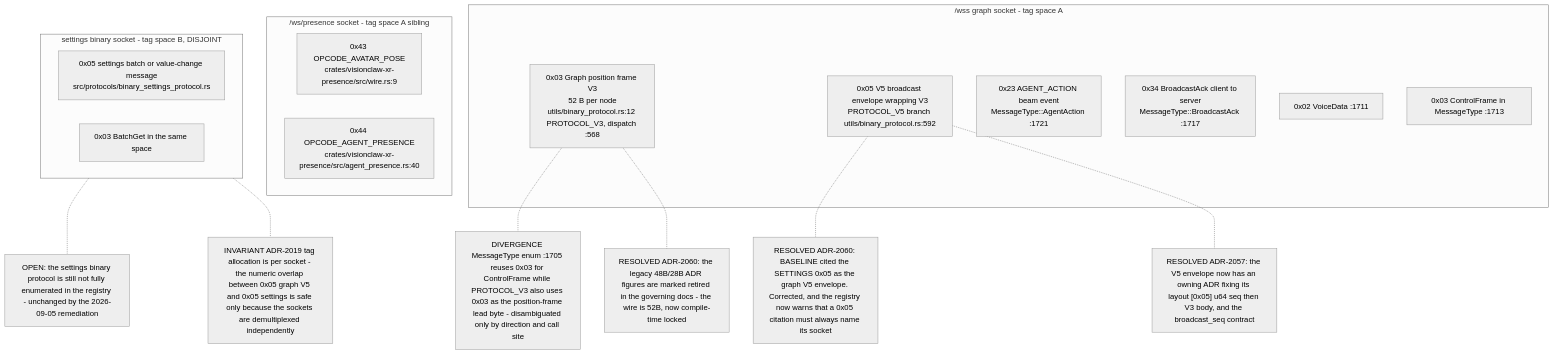
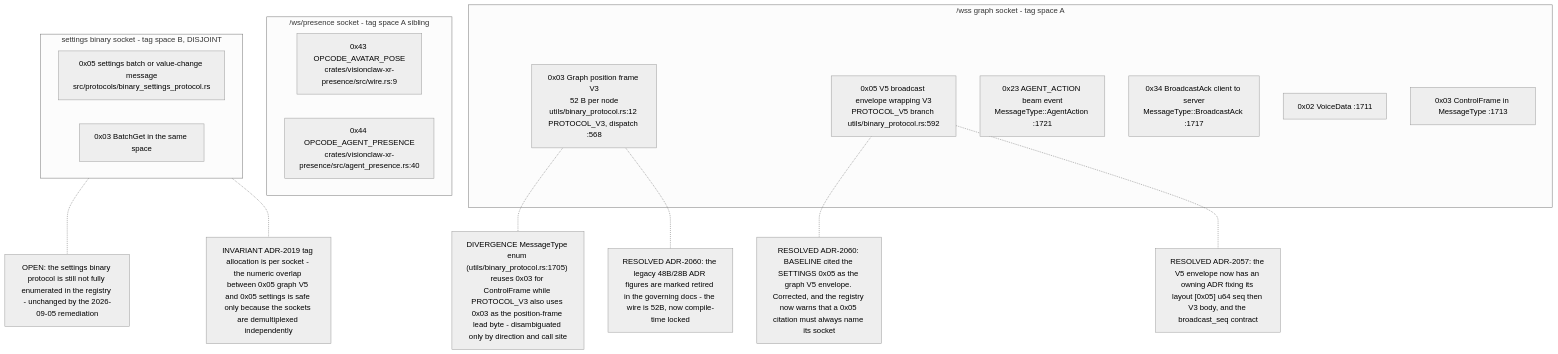
One commit to DreamLab-AI/VisionFlow changed the third of 9 diagrams in docs/diagrams/visionclaw/14-wire-frames-and-tag-registry.md. Above: the diagram before and after it, drawn with Mermaid (neutral theme). The commit also changed other lines of this file and 52 other files, not shown here.

First line of the commit message:
docs(diagrams): wave 3 checkpoint — bare line refs resolved, revision-pinned cite-check, VC-05/AB-01..13 re-attested

````diff
--- a/docs/diagrams/visionclaw/14-wire-frames-and-tag-registry.md
+++ b/docs/diagrams/visionclaw/14-wire-frames-and-tag-registry.md
@@ -102,32 +102,32 @@
 ```mermaid
 flowchart TD
     subgraph GRAPH["/wss graph socket - tag space A"]
         T03["0x03 Graph position frame V3<br/>52 B per node<br/>utils/binary_protocol.rs:12 PROTOCOL_V3, dispatch :568"]
         T05["0x05 V5 broadcast envelope wrapping V3<br/>PROTOCOL_V5 branch utils/binary_protocol.rs:592"]
         T23["0x23 AGENT_ACTION beam event<br/>MessageType::AgentAction :1721"]
         T34["0x34 BroadcastAck client to server<br/>MessageType::BroadcastAck :1717"]
         T02["0x02 VoiceData :1711"]
         T03c["0x03 ControlFrame in MessageType :1713"]
     end
     subgraph PRESENCE["/ws/presence socket - tag space A sibling"]
         T43["0x43 OPCODE_AVATAR_POSE<br/>crates/visionclaw-xr-presence/src/wire.rs:9"]
         T44["0x44 OPCODE_AGENT_PRESENCE<br/>crates/visionclaw-xr-presence/src/agent_presence.rs:40"]
     end
     subgraph SETTINGS["settings binary socket - tag space B, DISJOINT"]
         S05["0x05 settings batch or value-change message<br/>src/protocols/binary_settings_protocol.rs"]
         S03["0x03 BatchGet in the same space"]
     end
 
     N1["INVARIANT ADR-2019 tag allocation is per socket - the numeric overlap between 0x05 graph V5 and 0x05 settings is safe only because the sockets are demultiplexed independently"]
     N2["RESOLVED ADR-2060: BASELINE cited the SETTINGS 0x05 as the graph V5 envelope. Corrected, and the registry now warns that a 0x05 citation must always name its socket"]
-    N3["DIVERGENCE MessageType enum :1705 reuses 0x03 for ControlFrame while PROTOCOL_V3 also uses 0x03 as the position-frame lead byte - disambiguated only by direction and call site"]
+    N3["DIVERGENCE MessageType enum (utils/binary_protocol.rs:1705) reuses 0x03 for ControlFrame while PROTOCOL_V3 also uses 0x03 as the position-frame lead byte - disambiguated only by direction and call site"]
     N4["RESOLVED ADR-2057: the V5 envelope now has an owning ADR fixing its layout [0x05] u64 seq then V3 body, and the broadcast_seq contract"]
     N5["OPEN: the settings binary protocol is still not fully enumerated in the registry - unchanged by the 2026-09-05 remediation"]
     N6["RESOLVED ADR-2060: the legacy 48B/28B ADR figures are marked retired in the governing docs - the wire is 52B, now compile-time locked"]
     T05 -.- N2
     T03 -.- N3
     T05 -.- N4
     SETTINGS -.- N5
     T03 -.- N6
     SETTINGS -.- N1
 ```
````
